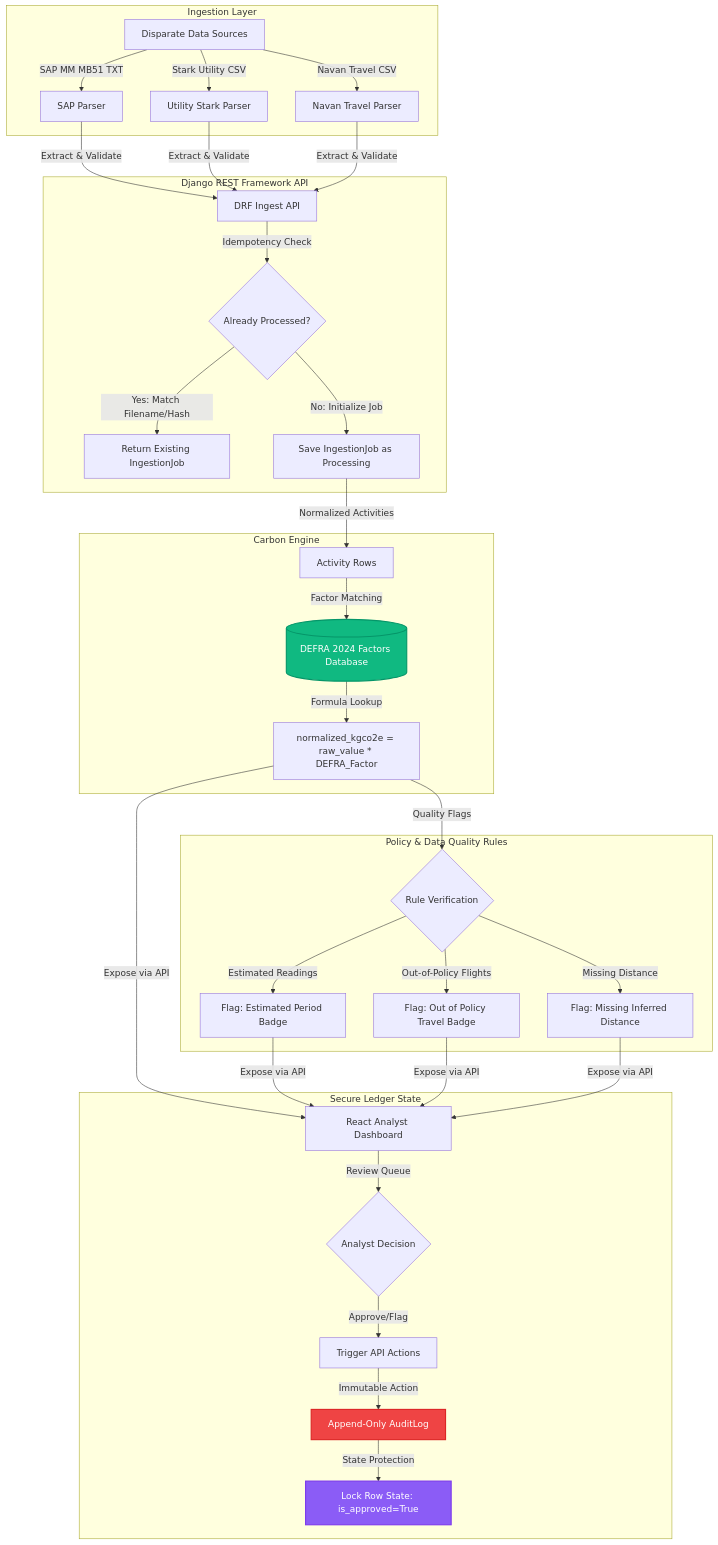
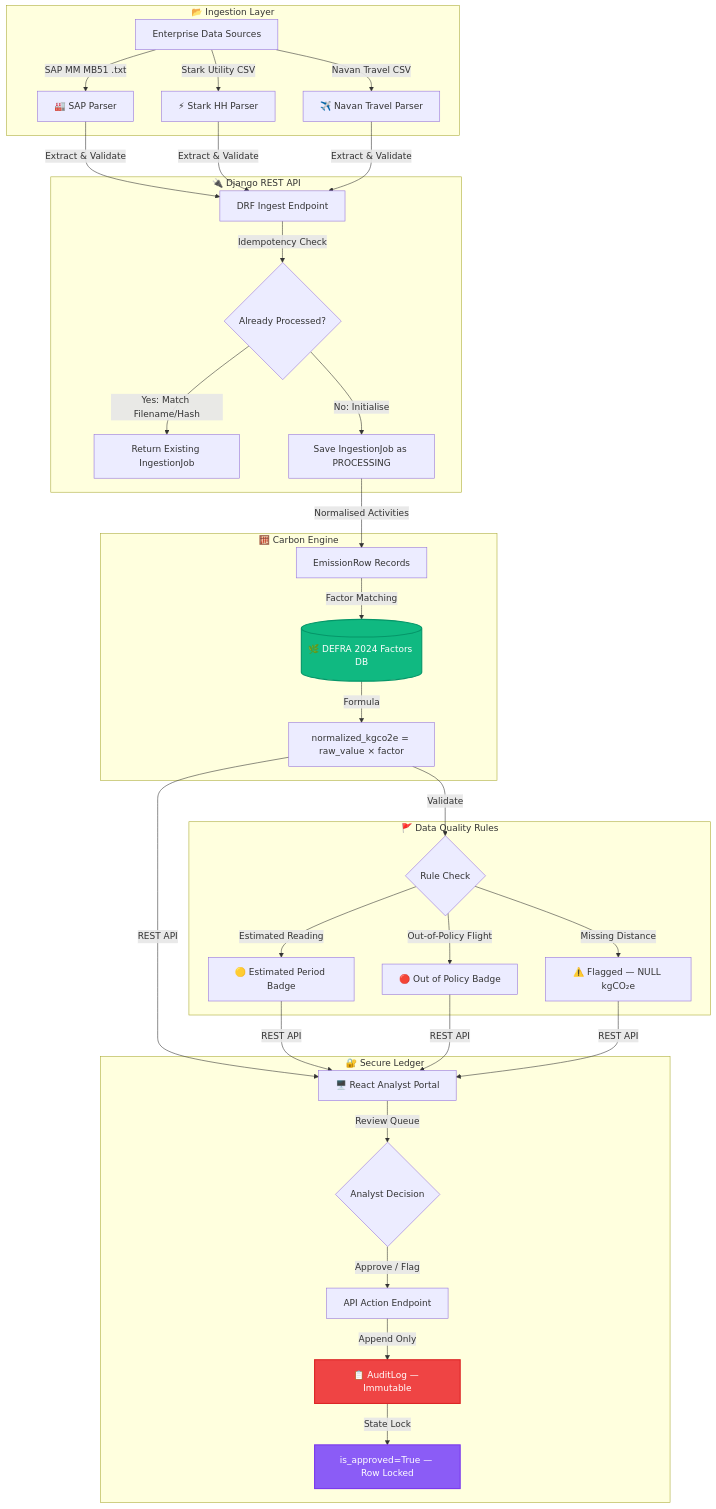
The diagram in README.md (Manoj-0810/breathe-esg-analyst-portal), drawn with Mermaid before and after one commit. The commit also changed other lines of this file, not shown here.

````diff
--- a/README.md
+++ b/README.md
@@ -21,46 +163,35 @@
 ```mermaid
 graph TD
-    %% Ingestion Sources
-    subgraph Ingestion Layer
-        A[Disparate Data Sources] -->|SAP MM MB51 TXT| B[SAP Parser]
-        A -->|Stark Utility CSV| C[Utility Stark Parser]
-        A -->|Navan Travel CSV| D[Navan Travel Parser]
+    subgraph "📂 Ingestion Layer"
+        A[Enterprise Data Sources] -->|SAP MM MB51 .txt| B[🏭 SAP Parser]
+        A -->|Stark Utility CSV| C[⚡ Stark HH Parser]
+        A -->|Navan Travel CSV| D[✈️ Navan Travel Parser]
     end
-
-    %% Ingestion API and DB Check
-    subgraph Django REST Framework API
-        B & C & D -->|Extract & Validate| E[DRF Ingest API]
+    subgraph "🔌 Django REST API"
+        B & C & D -->|Extract & Validate| E[DRF Ingest Endpoint]
         E -->|Idempotency Check| F{Already Processed?}
         F -->|Yes: Match Filename/Hash| G[Return Existing IngestionJob]
-        F -->|No: Initialize Job| H[Save IngestionJob as Processing]
+        F -->|No: Initialise| H[Save IngestionJob as PROCESSING]
     end
-
-    %% Processing & Calculations
-    subgraph Carbon Engine
-        H -->|Normalized Activities| I[Activity Rows]
-        I -->|Factor Matching| J[(DEFRA 2024 Factors Database)]
-        J -->|Formula Lookup| K[normalized_kgco2e = raw_value * DEFRA_Factor]
+    subgraph "🧮 Carbon Engine"
+        H -->|Normalised Activities| I[EmissionRow Records]
+        I -->|Factor Matching| J[(🌿 DEFRA 2024 Factors DB)]
+        J -->|Formula| K["normalized_kgco2e = raw_value × factor"]
     end
-
-    %% Validation Rules
-    subgraph Policy & Data Quality Rules
-        K -->|Quality Flags| L{Rule Verification}
-        L -->|Estimated Readings| M[Flag: Estimated Period Badge]
-        L -->|Out-of-Policy Flights| N[Flag: Out of Policy Travel Badge]
-        L -->|Missing Distance| O[Flag: Missing Inferred Distance]
+    subgraph "🚩 Data Quality Rules"
+        K -->|Validate| L{Rule Check}
+        L -->|Estimated Reading| M[🟡 Estimated Period Badge]
+        L -->|Out-of-Policy Flight| N[🔴 Out of Policy Badge]
+        L -->|Missing Distance| O[⚠️ Flagged — NULL kgCO₂e]
     end
-
-    %% React Portal & Audit Logs
-    subgraph Secure Ledger State
-        K & M & N & O -->|Expose via API| P[React Analyst Dashboard]
+    subgraph "🔐 Secure Ledger"
+        K & M & N & O -->|REST API| P[🖥️ React Analyst Portal]
         P -->|Review Queue| Q{Analyst Decision}
-        Q -->|Approve/Flag| R[Trigger API Actions]
-        R -->|Immutable Action| S[Append-Only AuditLog]
-        S -->|State Protection| T[Lock Row State: is_approved=True]
+        Q -->|Approve / Flag| R[API Action Endpoint]
+        R -->|Append Only| S[📋 AuditLog — Immutable]
+        S -->|State Lock| T[is_approved=True — Row Locked]
     end
-
-    %% Custom Styles
     style J fill:#10b981,stroke:#059669,stroke-width:2px,color:#fff
     style S fill:#ef4444,stroke:#dc2626,stroke-width:2px,color:#fff
     style T fill:#8b5cf6,stroke:#7c3aed,stroke-width:2px,color:#fff
 ```
````
